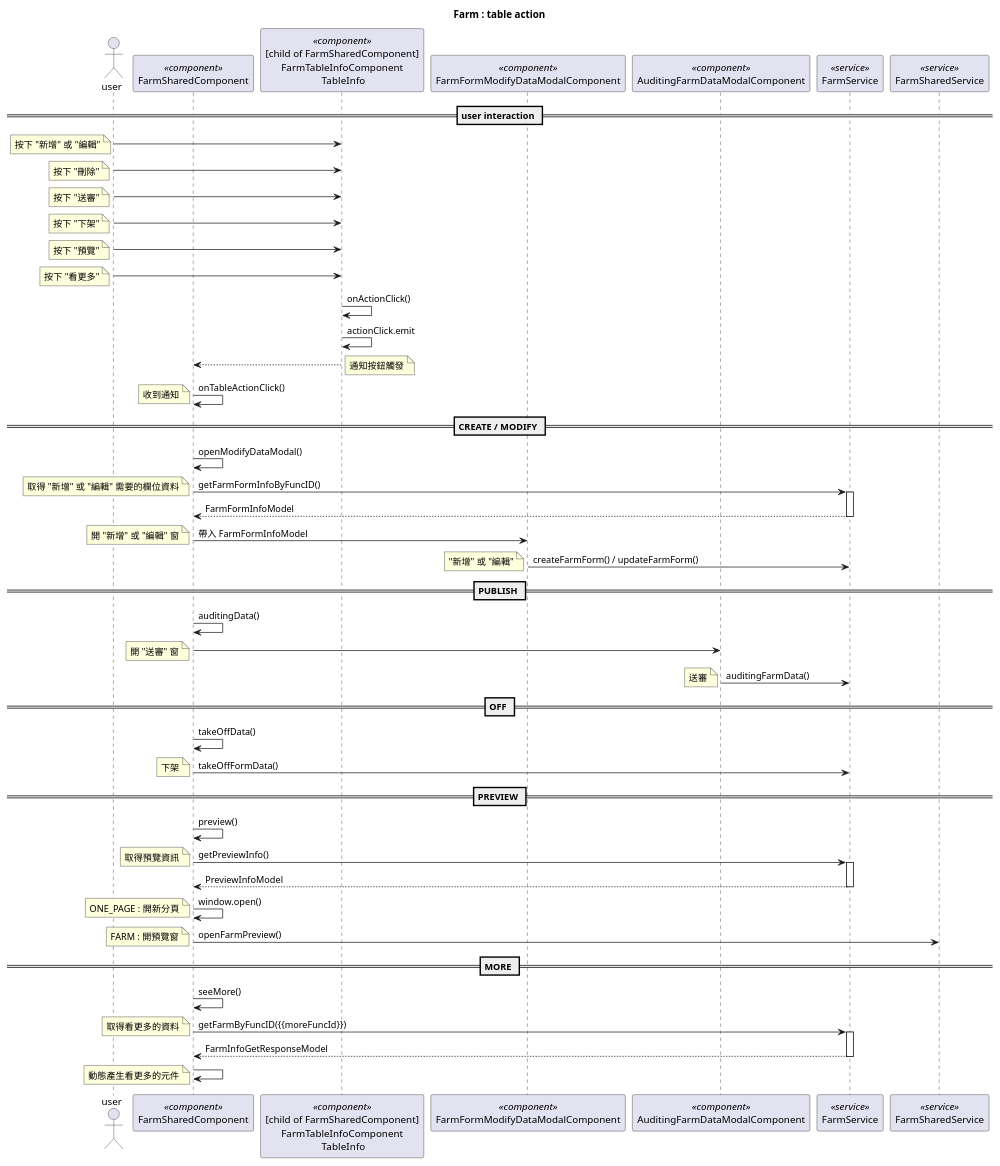
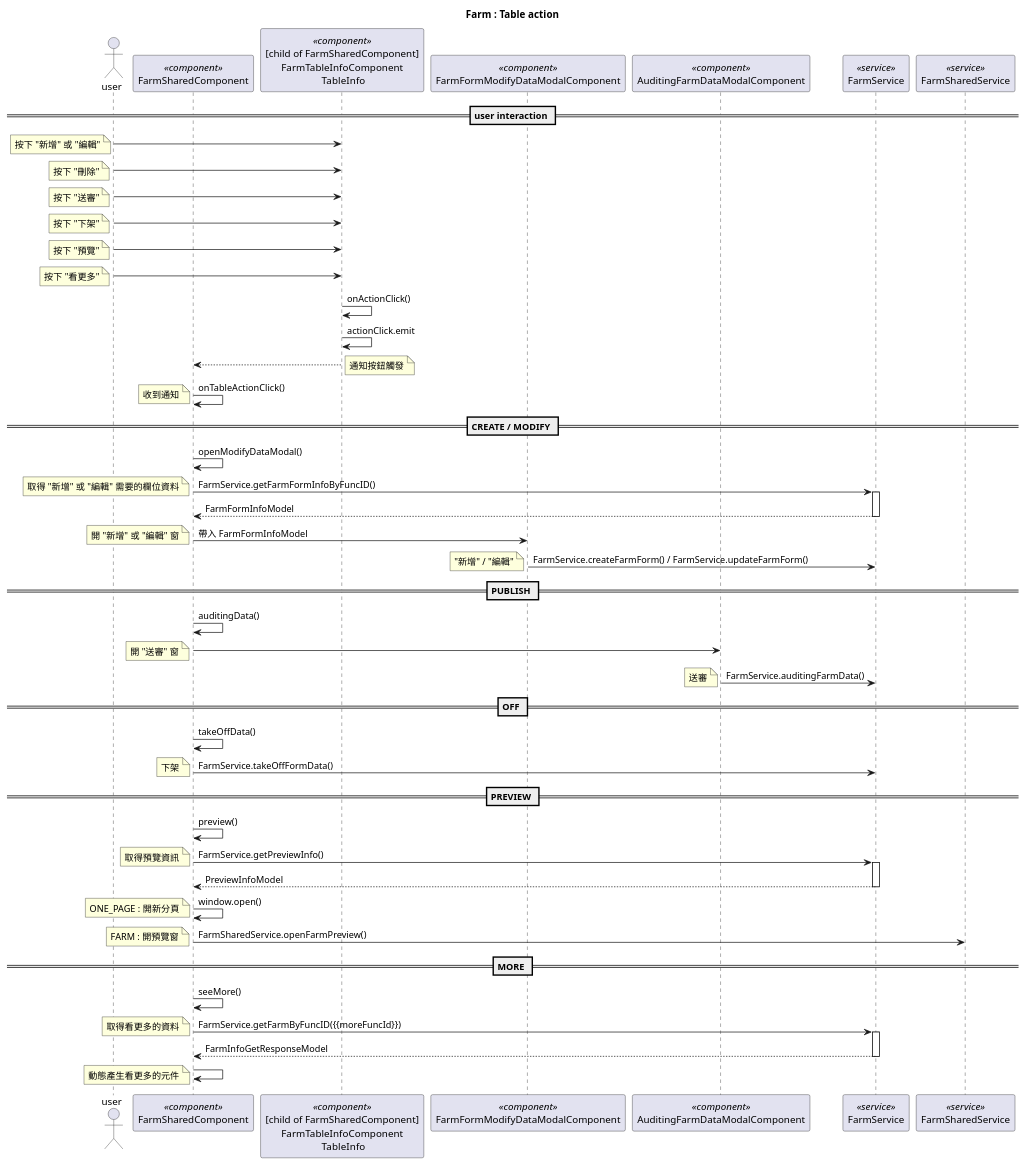
One commit to jef15938/CMS-4.0_FE-githubActions changed the diagram in cms/diagram/farm/4.farm-table-action.wsd. Above: the diagram before and after it, drawn with PlantUML. The commit also changed 7 other files, not shown here.

Commit message:
順序圖更新

```diff
--- a/cms/diagram/farm/4.farm-table-action.wsd
+++ b/cms/diagram/farm/4.farm-table-action.wsd
@@ -1,77 +1,77 @@
 @startuml
-Title Farm : table action
+Title Farm : Table action
 
 actor user
 participant "FarmSharedComponent" as main << component >>
 participant "[child of FarmSharedComponent]\nFarmTableInfoComponent\n TableInfo" as tableInfo << component >>
 participant "FarmFormModifyDataModalComponent" as modifyDataModal << component >>
 participant "AuditingFarmDataModalComponent" as auditingModal << component >>
 participant "FarmService" as farmService << service >>
 participant "FarmSharedService" as farmSharedService << service >>
 
 == user interaction ==
 user -> tableInfo
 note left: 按下 "新增" 或 "編輯"
 user -> tableInfo
 note left: 按下 "刪除"
 user -> tableInfo
 note left: 按下 "送審"
 user -> tableInfo
 note left: 按下 "下架"
 user -> tableInfo
 note left: 按下 "預覽"
 user -> tableInfo
 note left: 按下 "看更多"
 tableInfo -> tableInfo: onActionClick()
 tableInfo -> tableInfo: actionClick.emit
 tableInfo --> main
 note right: 通知按鈕觸發
 main -> main: onTableActionClick()
 note left: 收到通知
 
 == CREATE / MODIFY ==
 main -> main: openModifyDataModal()
-main -> farmService: getFarmFormInfoByFuncID()
+main -> farmService: FarmService.getFarmFormInfoByFuncID()
 activate farmService
 note left: 取得 "新增" 或 "編輯" 需要的欄位資料
 return FarmFormInfoModel
 main -> modifyDataModal: 帶入 FarmFormInfoModel
 note left: 開 "新增" 或 "編輯" 窗
-modifyDataModal -> farmService: createFarmForm() / updateFarmForm()
-note left: "新增" 或 "編輯"
+modifyDataModal -> farmService: FarmService.createFarmForm() / FarmService.updateFarmForm()
+note left: "新增" / "編輯"
 
 ' == DELETE ==
 
 == PUBLISH ==
 main -> main: auditingData()
 main -> auditingModal
 note left: 開 "送審" 窗
-auditingModal -> farmService: auditingFarmData()
+auditingModal -> farmService: FarmService.auditingFarmData()
 note left: 送審
 
 == OFF ==
 main -> main: takeOffData()
-main -> farmService: takeOffFormData()
+main -> farmService: FarmService.takeOffFormData()
 note left: 下架
 
 == PREVIEW ==
 main -> main: preview()
-main -> farmService: getPreviewInfo()
+main -> farmService: FarmService.getPreviewInfo()
 activate farmService
 note left: 取得預覽資訊
 return PreviewInfoModel
 main -> main: window.open()
 note left: ONE_PAGE : 開新分頁
-main -> farmSharedService: openFarmPreview()
+main -> farmSharedService: FarmSharedService.openFarmPreview()
 note left: FARM : 開預覽窗
 
 == MORE ==
 main -> main: seeMore()
-main -> farmService: getFarmByFuncID({{moreFuncId}})
+main -> farmService: FarmService.getFarmByFuncID({{moreFuncId}})
 note left: 取得看更多的資料
 activate farmService
 return FarmInfoGetResponseModel
 main -> main
 note left: 動態產生看更多的元件
 
 @enduml
```
